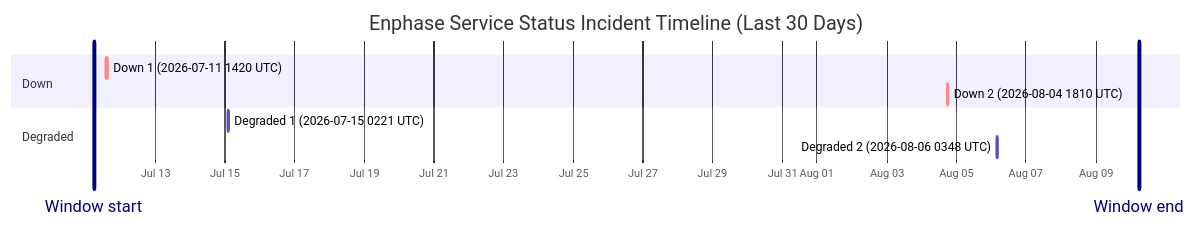
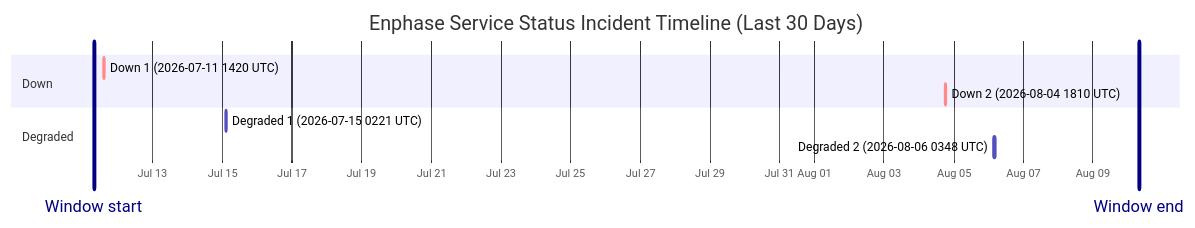
The diagram in wiki/Service-Status-History.md (barneyonline/ha-enphase-energy), drawn with Mermaid before and after one commit. The commit also changed other lines of this file and 3 other files, not shown here.

````diff
--- a/wiki/Service-Status-History.md
+++ b/wiki/Service-Status-History.md
@@ -14,14 +14,14 @@
 ```mermaid
 gantt
     title Enphase Service Status Incident Timeline (Last 30 Days)
     dateFormat  YYYY-MM-DDTHH:mm:ss
     axisFormat  %b %d
-    Window start :vert, window-start, 2026-07-11T05:55:52, 0ms
-    Window end :vert, window-end, 2026-08-10T05:55:52, 0ms
+    Window start :vert, window-start, 2026-07-11T07:41:27, 0ms
+    Window end :vert, window-end, 2026-08-10T07:41:27, 0ms
     section Down
     Down 1 (2026-07-11 1420 UTC) :crit, down-1, 2026-07-11T14:20:54, 69m
     Down 2 (2026-08-04 1810 UTC) :crit, down-2, 2026-08-04T18:10:46, 60m
     section Degraded
     Degraded 1 (2026-07-15 0221 UTC) :active, degraded-1, 2026-07-15T02:21:35, 60m
     Degraded 2 (2026-08-06 0348 UTC) :active, degraded-2, 2026-08-06T03:48:14, 60m
 ```
````
